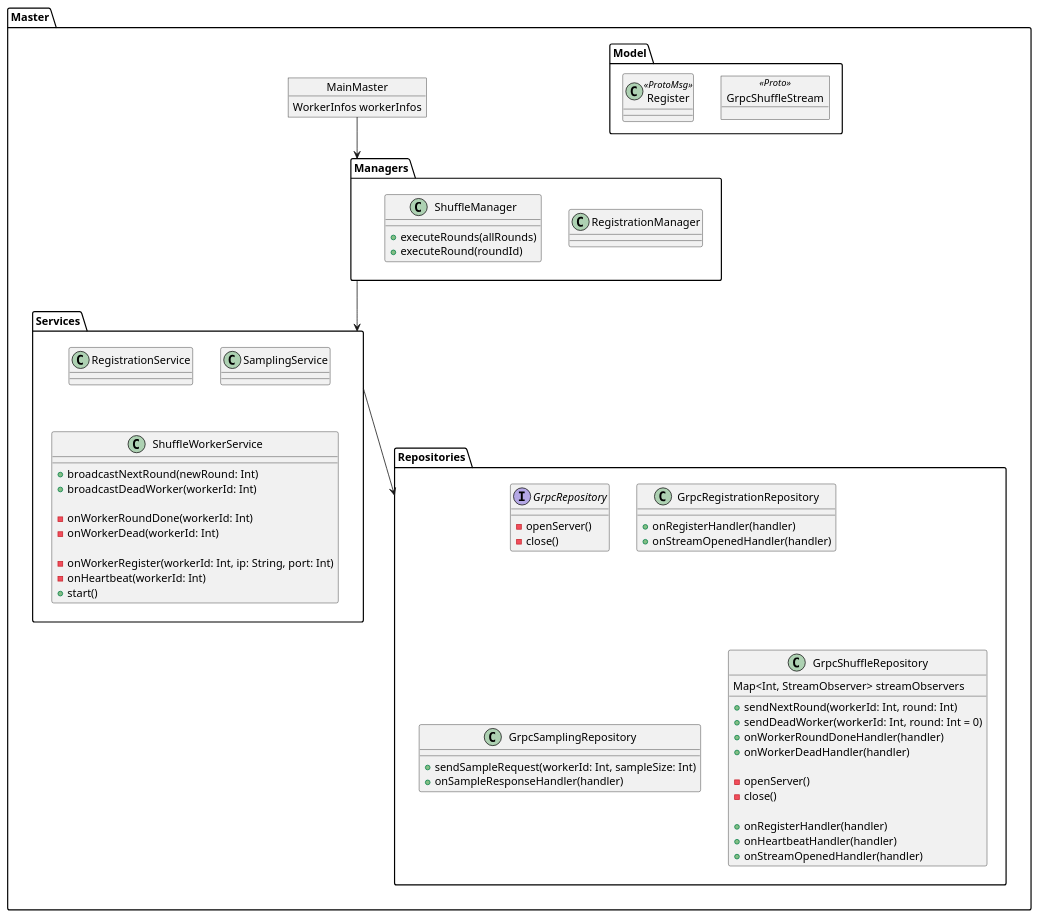
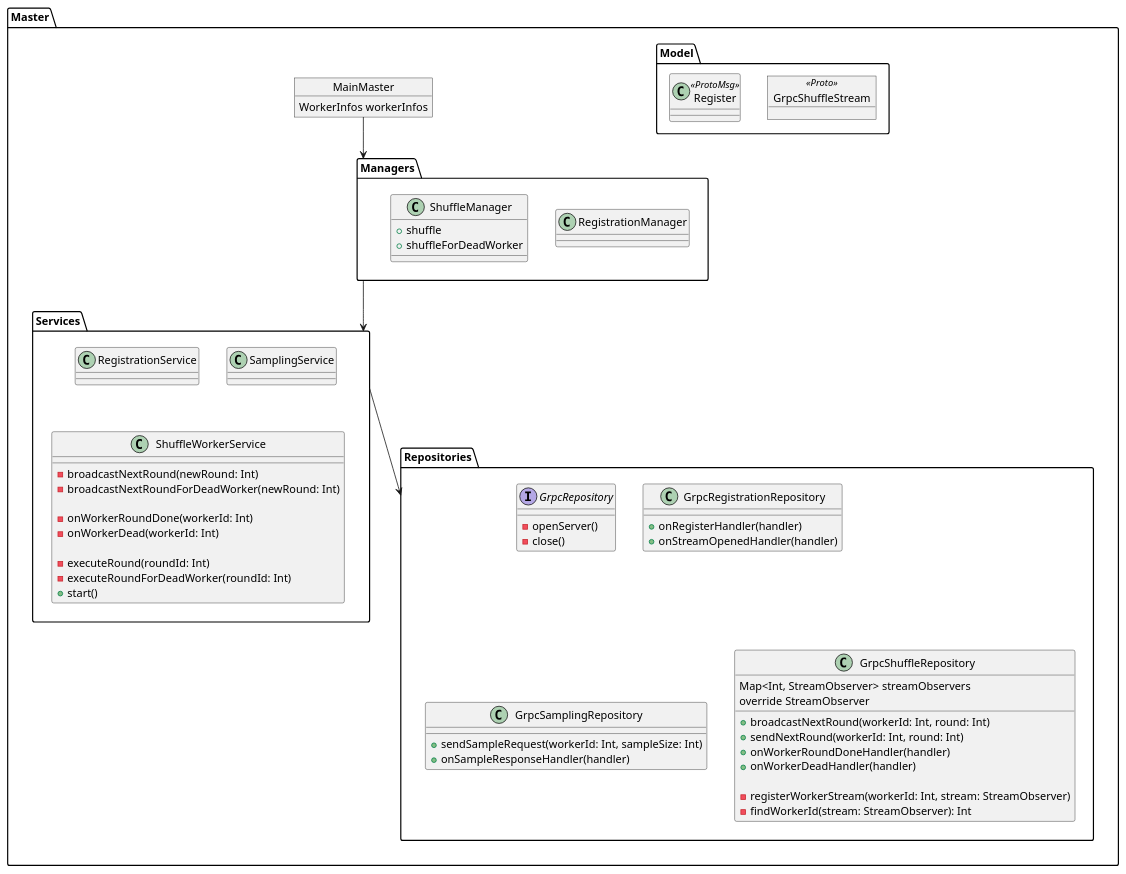
The diagram in doc/module diagram/Master.puml (ksw20020/332project), drawn with PlantUML before and after one commit. The commit also changed 3 other files, not shown here.

Commit message:
Doc / Update class diagrams

```diff
--- a/doc/module diagram/Master.puml
+++ b/doc/module diagram/Master.puml
@@ -1,92 +1,89 @@
 @startuml
 
 package Master {
     object MainMaster {
         WorkerInfos workerInfos
     }
 
     folder "Managers" {
         class RegistrationManager {
 
         }
 
         class ShuffleManager {
-            + executeRounds(allRounds)
-            + executeRound(roundId)
+            + shuffle
+            + shuffleForDeadWorker
         }
     }
 
     folder "Services" {
         class RegistrationService {
 
         }
 
         class SamplingService {
 
         }
 
         class ShuffleWorkerService {
-            + broadcastNextRound(newRound: Int)
-            + broadcastDeadWorker(workerId: Int)
+            - broadcastNextRound(newRound: Int)
+            - broadcastNextRoundForDeadWorker(newRound: Int)
 
             - onWorkerRoundDone(workerId: Int)
             - onWorkerDead(workerId: Int)
 
-            - onWorkerRegister(workerId: Int, ip: String, port: Int)
-            - onHeartbeat(workerId: Int)
+            - executeRound(roundId: Int)
+            - executeRoundForDeadWorker(roundId: Int)
             + start()
         }
     }
     
     folder "Repositories" {
         
         interface GrpcRepository {
             
             - openServer()
             - close()
 
         }
 
         class GrpcRegistrationRepository {
             + onRegisterHandler(handler)
             + onStreamOpenedHandler(handler)
 
         }
 
         class GrpcSamplingRepository {
             + sendSampleRequest(workerId: Int, sampleSize: Int)
             + onSampleResponseHandler(handler)
         }
 
         class GrpcShuffleRepository {
             Map<Int, StreamObserver> streamObservers
+            override StreamObserver
 
+            + broadcastNextRound(workerId: Int, round: Int)
             + sendNextRound(workerId: Int, round: Int)
-            + sendDeadWorker(workerId: Int, round: Int = 0)
             + onWorkerRoundDoneHandler(handler)
             + onWorkerDeadHandler(handler)
 
-            - openServer()
-            - close()
-
-            + onRegisterHandler(handler)
-            + onHeartbeatHandler(handler)
-            + onStreamOpenedHandler(handler)
+            - registerWorkerStream(workerId: Int, stream: StreamObserver)
+            - findWorkerId(stream: StreamObserver): Int
         }
     }
     
     folder Model {
         object GrpcShuffleStream <<Proto>>
 
         class Register  <<ProtoMsg>>
     }
 
     ' Relationships
     MainMaster --> Managers
     Managers --> Services
     Services --> Repositories
     
 }
 
 
 @enduml
```
